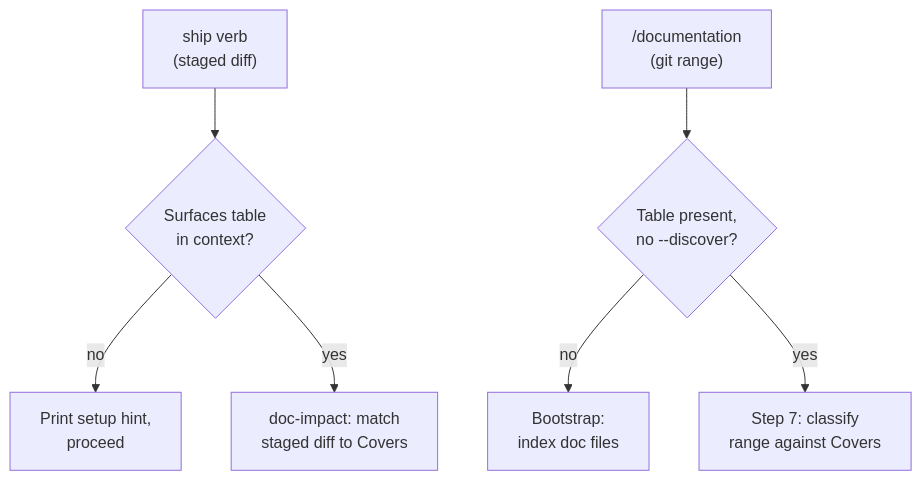
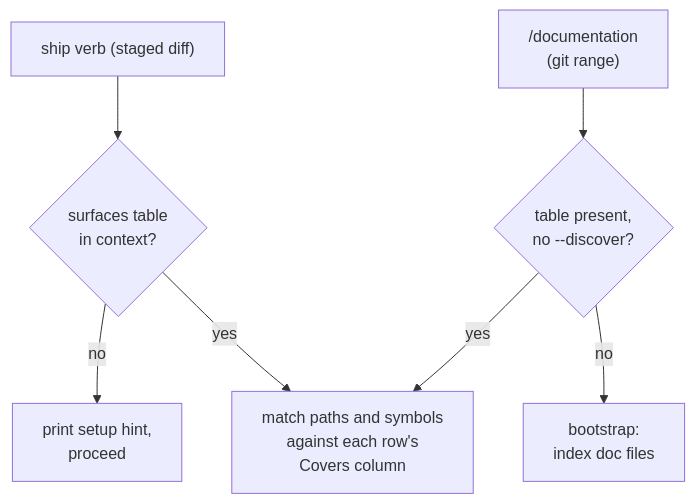
One commit to damusix/atomic-claude changed the first of 3 diagrams in docs/wiki/docs-meta.md. Above: the diagram before and after it, drawn with Mermaid. The commit also changed other lines of this file and 795 other files, not shown here.

````diff
--- a/docs/wiki/docs-meta.md
+++ b/docs/wiki/docs-meta.md
@@ -43,10 +62,12 @@
 ```mermaid
 flowchart TD
-    %% source: context/_partials/doc-impact.md, context/commands/documentation.md
-    A["ship verb<br/>(staged diff)"] --> T{"Surfaces table<br/>in context?"}
-    B["/documentation<br/>(git range)"] --> D{"Table present,<br/>no --discover?"}
-    T -->|no| H["Print setup hint,<br/>proceed"]
-    T -->|yes| M["doc-impact: match<br/>staged diff to Covers"]
-    D -->|no| BS["Bootstrap:<br/>index doc files"]
-    D -->|yes| C["Step 7: classify<br/>range against Covers"]
+    A["ship verb (staged diff)"] --> T
+    B["/documentation<br/>(git range)"] --> D
+    T{"surfaces table<br/>in context?"}
+    T -->|no| H["print setup hint,<br/>proceed"]
+    T -->|yes| M
+    D{"table present,<br/>no --discover?"}
+    D -->|no| BS["bootstrap:<br/>index doc files"]
+    D -->|yes| M
+    M["match paths and symbols<br/>against each row's<br/>Covers column"]
 ```
````
